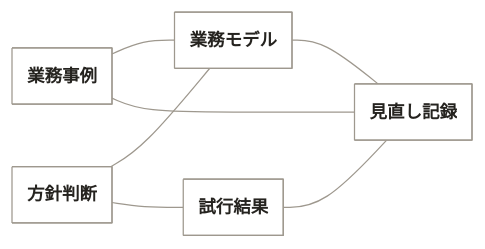
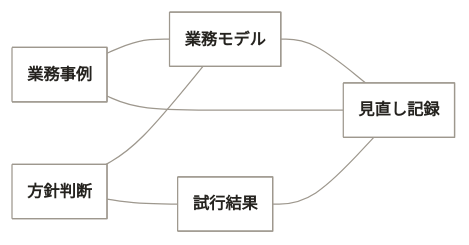
Before and after one commit to maakbo/fde: the fourth of 4 diagrams in experiments/fde-product-pivot/visualization/README.md, drawn with Mermaid. The commit also changed other lines of this file, not shown here.

Commit message:
要求の対応案と情報モデルの文字を読みやすくする

````diff
--- a/experiments/fde-product-pivot/visualization/README.md
+++ b/experiments/fde-product-pivot/visualization/README.md
@@ -201,31 +201,32 @@
 ```mermaid
 ---
 config:
   theme: base
   class:
     hideEmptyMembersBox: true
   themeVariables:
     mainBkg: "#FFFFFF"
     nodeBorder: "#9E988E"
     classText: "#25231F"
     lineColor: "#9E988E"
     fontFamily: "Inter, Hiragino Sans, sans-serif"
-    fontSize: "14px"
+    fontSize: "13px"
+  themeCSS: ".label-group .label { font-weight: 400 !important; }"
 ---
 classDiagram
   direction LR
   accTitle: FDEの仕事で扱う情報
   accDescr: 業務事例、業務モデル、方針判断、試行結果、見直し記録の関係。
   %% 試行は条件付き。線は根拠・参照先の関係であり、作業順を示さない。
   class i_work_example["業務事例"]
   class i_work_model["業務モデル"]
   class i_direction["方針判断"]
   class i_trial["試行結果"]
   class i_change["見直し記録"]
   i_work_example -- i_work_model
   i_direction -- i_work_model
   i_direction -- i_trial
   i_trial -- i_change
   i_work_example -- i_change
   i_work_model -- i_change
 ```
````
